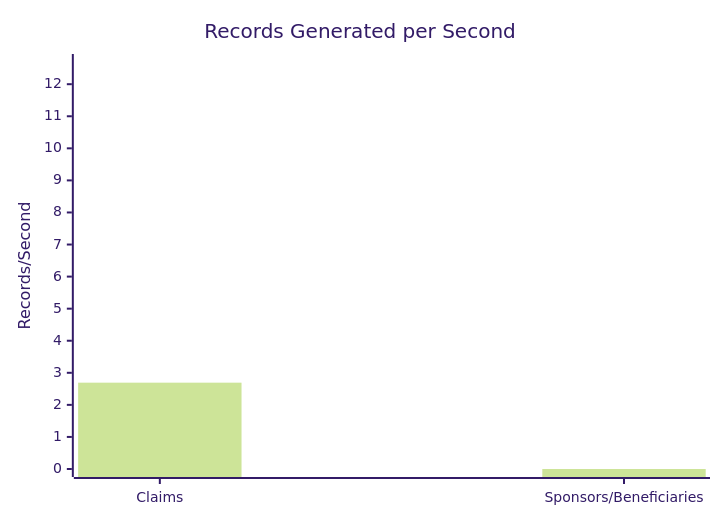
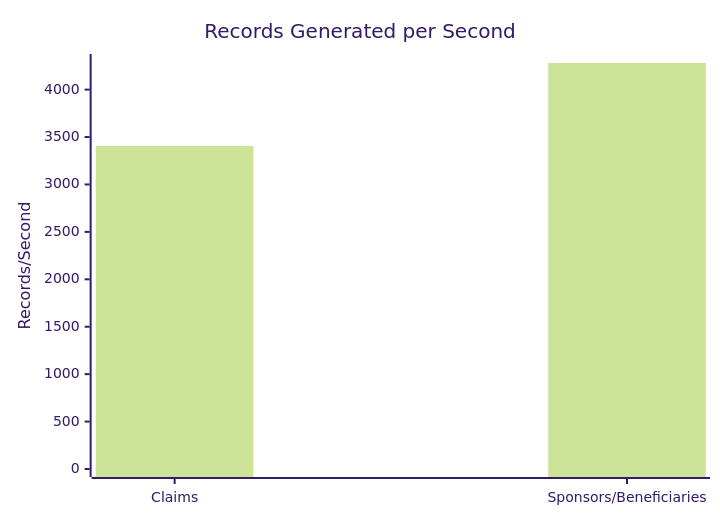
The first of 11 diagrams in test-tools/DataGen/src/Statistics_Visualizer.md (dhagan-va/intern-2025), drawn with Mermaid (forest theme) before and after one commit. The commit also changed other lines of this file and 2 other files, not shown here.

````diff
--- a/test-tools/DataGen/src/Statistics_Visualizer.md
+++ b/test-tools/DataGen/src/Statistics_Visualizer.md
@@ -18,7 +18,7 @@
 ```mermaid
 xychart-beta
     title "Records Generated per Second"
     x-axis ["Claims", "Sponsors/Beneficiaries"]
-    y-axis "Records/Second" 0 --> 12.692253847230749
-    bar [2.692253847230748, 0.0]
+    y-axis "Records/Second" 0 --> 4291.22508290699
+    bar [3405.5827444233732, 4281.22508290699]
 ```
````
